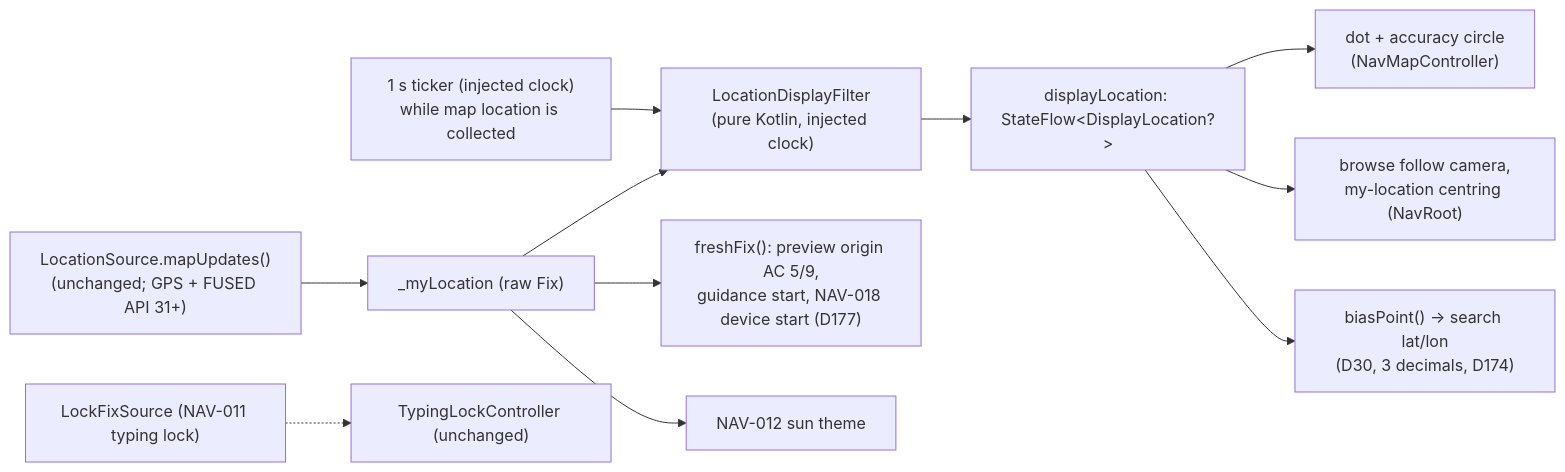
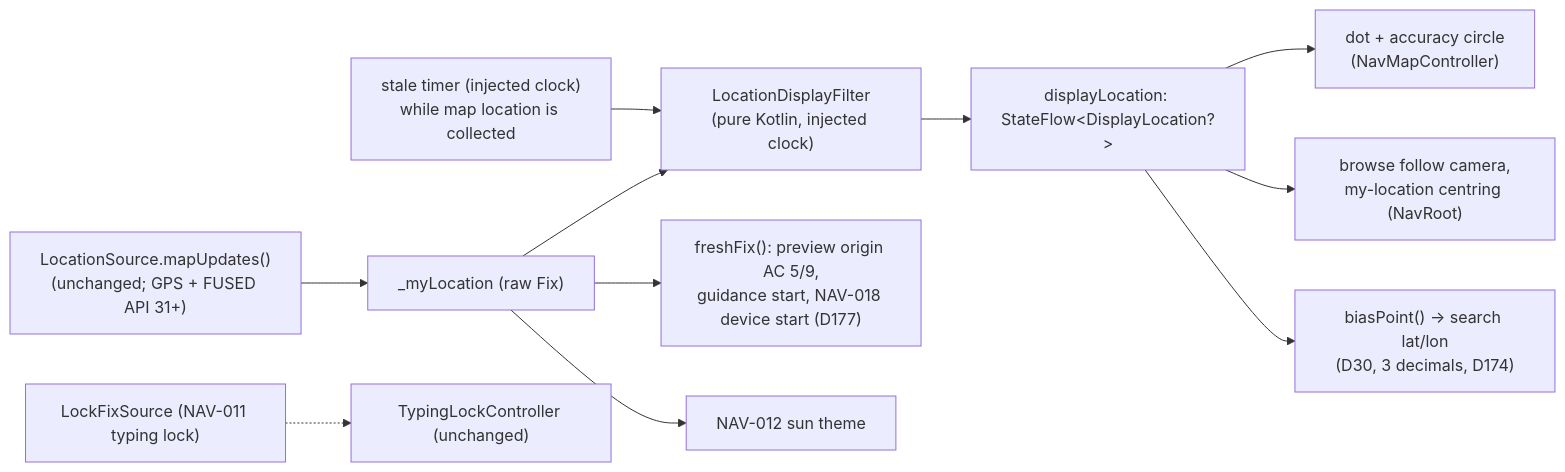
One commit to Uranbold/test.github.io changed the second of 2 diagrams in docs/architecture/adr/0009-android-guidance-client.md. Above: the diagram before and after it, drawn with Mermaid. The commit also changed other lines of this file and 4 other files, not shown here.

````diff
--- a/docs/architecture/adr/0009-android-guidance-client.md
+++ b/docs/architecture/adr/0009-android-guidance-client.md
@@ -512,13 +512,13 @@
 ```mermaid
 flowchart LR
   LS["LocationSource.mapUpdates()<br/>(unchanged; GPS + FUSED API 31+)"] --> RAW["_myLocation (raw Fix)"]
   RAW --> F["LocationDisplayFilter<br/>(pure Kotlin, injected clock)"]
-  T["1 s ticker (injected clock)<br/>while map location is collected"] --> F
+  T["stale timer (injected clock)<br/>while map location is collected"] --> F
   F --> D["displayLocation: StateFlow&lt;DisplayLocation?&gt;"]
   D --> DOT["dot + accuracy circle<br/>(NavMapController)"]
   D --> CAM["browse follow camera,<br/>my-location centring (NavRoot)"]
   D --> BIAS["biasPoint() → search lat/lon<br/>(D30, 3 decimals, D174)"]
   RAW --> ORI["freshFix(): preview origin AC 5/9,<br/>guidance start, NAV-018 device start (D177)"]
   RAW --> SUN["NAV-012 sun theme"]
   LOCK["LockFixSource (NAV-011 typing lock)"] -.-> LK["TypingLockController (unchanged)"]
 ```
````
